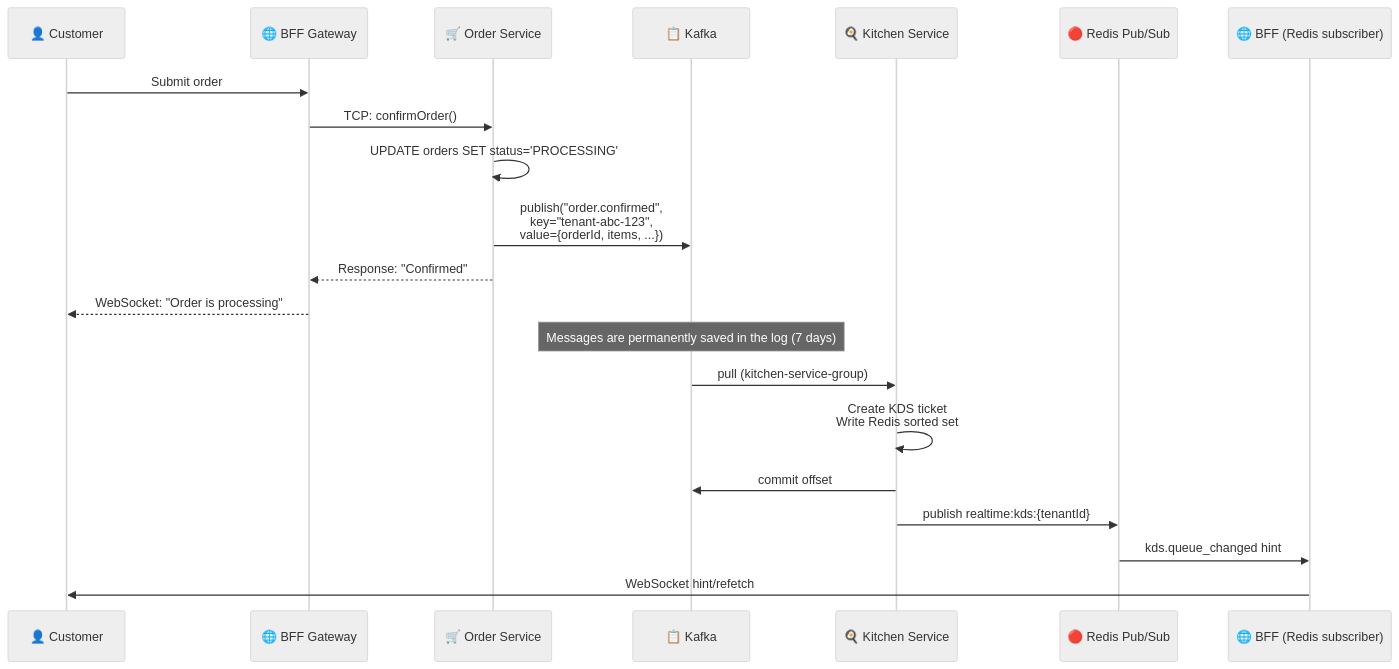
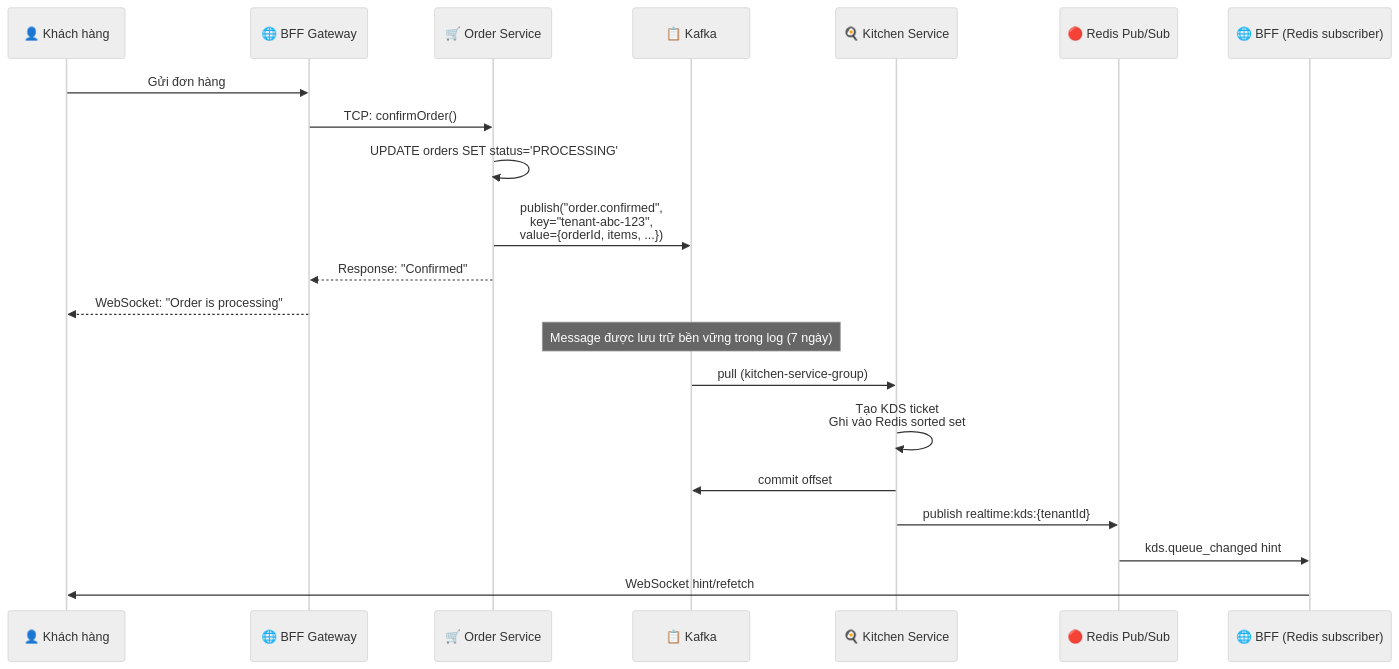
One commit to quan-vo-dinh/saas-pos-microservices-qrtable changed the ninth of 38 diagrams in docs/guides/kafka-qrtable.md. Above: the diagram before and after it, drawn with Mermaid (neutral theme). The commit also changed other lines of this file and 62 other files, not shown here.

````diff
--- a/docs/guides/kafka-qrtable.md
+++ b/docs/guides/kafka-qrtable.md
@@ -390,27 +389,27 @@
 ```mermaid
 sequenceDiagram
-    participant C as 👤 Customer
+    participant C as 👤 Khách hàng
     participant BFF as 🌐 BFF Gateway
     participant OS as 🛒 Order Service
     participant K as 📋 Kafka
     participant KS as 🍳 Kitchen Service
     participant R as 🔴 Redis Pub/Sub
     participant BFF2 as 🌐 BFF (Redis subscriber)
 
-C->>BFF: Submit order
+    C->>BFF: Gửi đơn hàng
     BFF->>OS: TCP: confirmOrder()
     OS->>OS: UPDATE orders SET status='PROCESSING'
     OS->>K: publish("order.confirmed",<br/>key="tenant-abc-123",<br/>value={orderId, items, ...})
-OS-->>BFF: Response: "Confirmed"
-BFF-->>C: WebSocket: "Order is processing"
+    OS-->>BFF: Response: "Confirmed"
+    BFF-->>C: WebSocket: "Order is processing"
 
-Note over K: Messages are permanently saved in the log (7 days)
+    Note over K: Message được lưu trữ bền vững trong log (7 ngày)
 
     K->>KS: pull (kitchen-service-group)
-KS->>KS: Create KDS ticket<br/>Write Redis sorted set
+    KS->>KS: Tạo KDS ticket<br/>Ghi vào Redis sorted set
     KS->>K: commit offset
 
     KS->>R: publish realtime:kds:{tenantId}
     R->>BFF2: kds.queue_changed hint
     BFF2->>C: WebSocket hint/refetch
 ```
````
